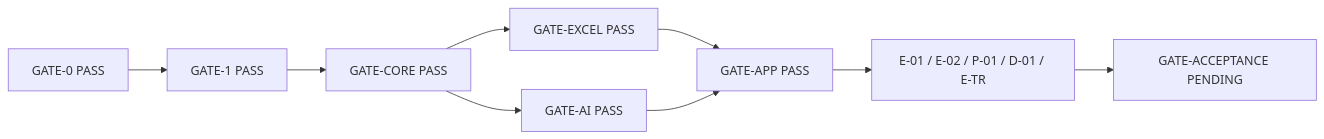
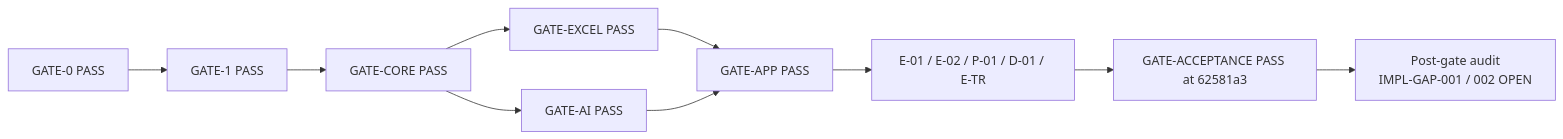
Before and after one commit to dahatake/StudyReport-Evaluator: the diagram in docs-dev/traceability.md, drawn with Mermaid. The commit also changed other lines of this file and 41 other files, not shown here.

````diff
--- a/docs-dev/traceability.md
+++ b/docs-dev/traceability.md
@@ -182,11 +207,12 @@
 ```mermaid
 flowchart LR
     G0[GATE-0 PASS] --> G1[GATE-1 PASS]
     G1 --> GC[GATE-CORE PASS]
     GC --> GX[GATE-EXCEL PASS]
     GC --> GA[GATE-AI PASS]
     GX --> GU[GATE-APP PASS]
     GA --> GU
     GU --> ET[E-01 / E-02 / P-01 / D-01 / E-TR]
-    ET --> GE[GATE-ACCEPTANCE PENDING]
+    ET --> GE[GATE-ACCEPTANCE PASS at 62581a3]
+    GE --> PA[Post-gate audit\nIMPL-GAP-001 / 002 OPEN]
 ```
````
